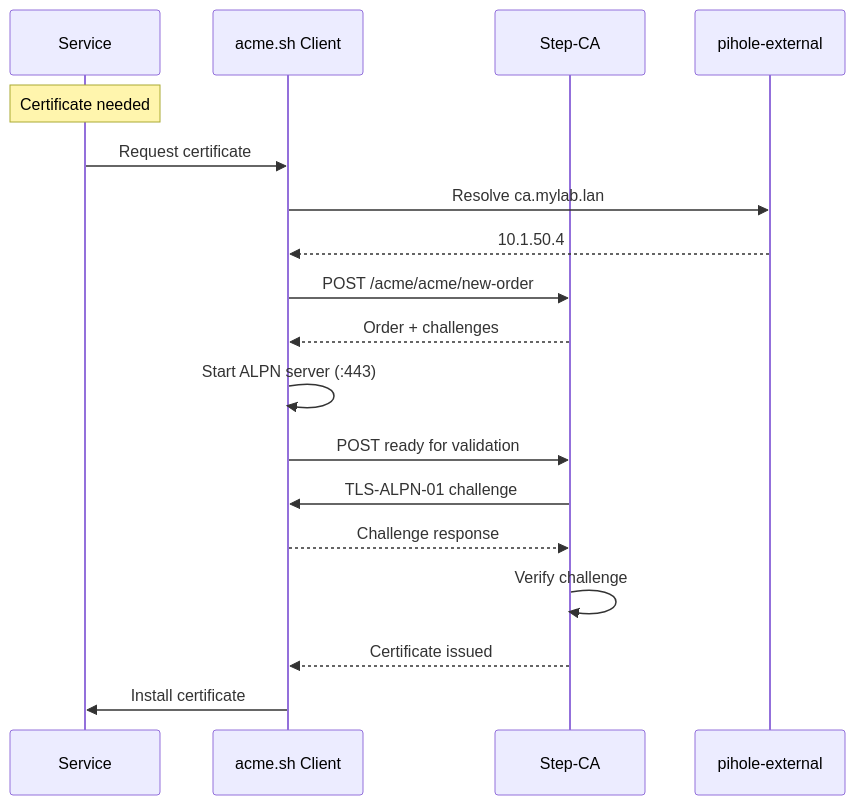
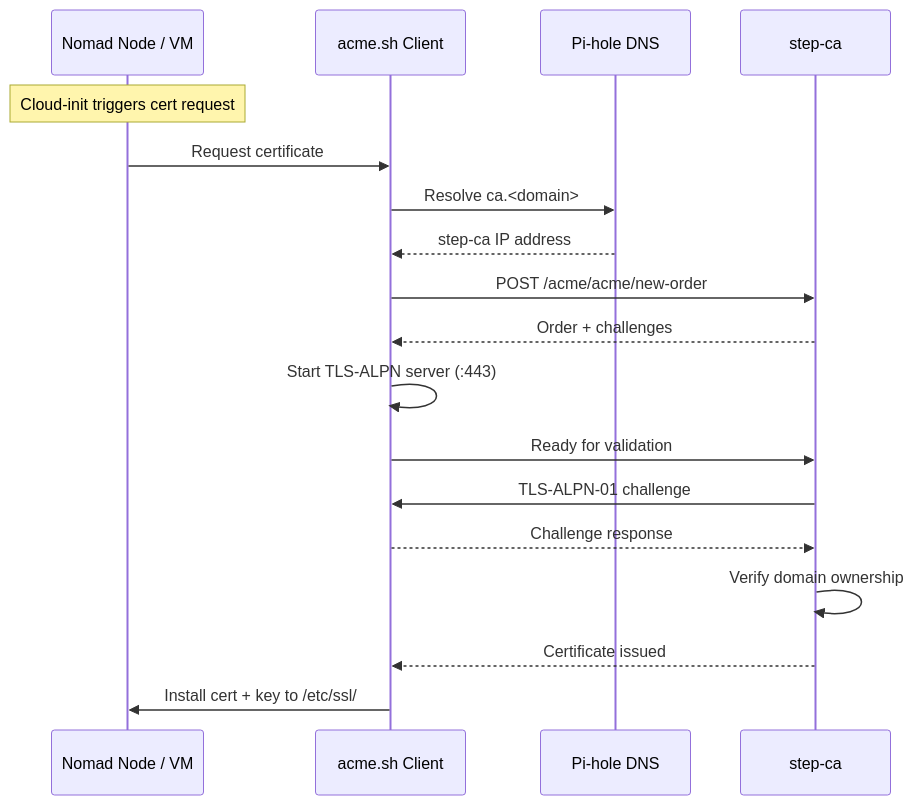
One commit to jknyght9/proxmox-lab changed the second of 4 diagrams in docs/architecture/certificate-chain.md. Above: the diagram before and after it, drawn with Mermaid. The commit also changed other lines of this file and 33 other files, not shown here.

First line of the commit message:
Rewrite documentation to reflect current Nomad-based architecture

````diff
--- a/docs/architecture/certificate-chain.md
+++ b/docs/architecture/certificate-chain.md
@@ -112,27 +57,27 @@
 ```mermaid
 sequenceDiagram
-    participant Service
-    participant acme.sh as acme.sh Client
-    participant StepCA as Step-CA
-    participant DNS as pihole-external
+    participant Node as Nomad Node / VM
+    participant ACME as acme.sh Client
+    participant DNS as Pi-hole DNS
+    participant CA as step-ca
 
-    Note over Service: Certificate needed
+    Note over Node: Cloud-init triggers cert request
 
-    Service->>acme.sh: Request certificate
-    acme.sh->>DNS: Resolve ca.mylab.lan
-    DNS-->>acme.sh: 10.1.50.4
+    Node->>ACME: Request certificate
+    ACME->>DNS: Resolve ca.<domain>
+    DNS-->>ACME: step-ca IP address
 
-    acme.sh->>StepCA: POST /acme/acme/new-order
-    StepCA-->>acme.sh: Order + challenges
+    ACME->>CA: POST /acme/acme/new-order
+    CA-->>ACME: Order + challenges
 
-    acme.sh->>acme.sh: Start ALPN server (:443)
-    acme.sh->>StepCA: POST ready for validation
+    ACME->>ACME: Start TLS-ALPN server (:443)
+    ACME->>CA: Ready for validation
 
-    StepCA->>acme.sh: TLS-ALPN-01 challenge
-    acme.sh-->>StepCA: Challenge response
+    CA->>ACME: TLS-ALPN-01 challenge
+    ACME-->>CA: Challenge response
 
-    StepCA->>StepCA: Verify challenge
-    StepCA-->>acme.sh: Certificate issued
+    CA->>CA: Verify domain ownership
+    CA-->>ACME: Certificate issued
 
-    acme.sh->>Service: Install certificate
+    ACME->>Node: Install cert + key to /etc/ssl/
 ```
````
